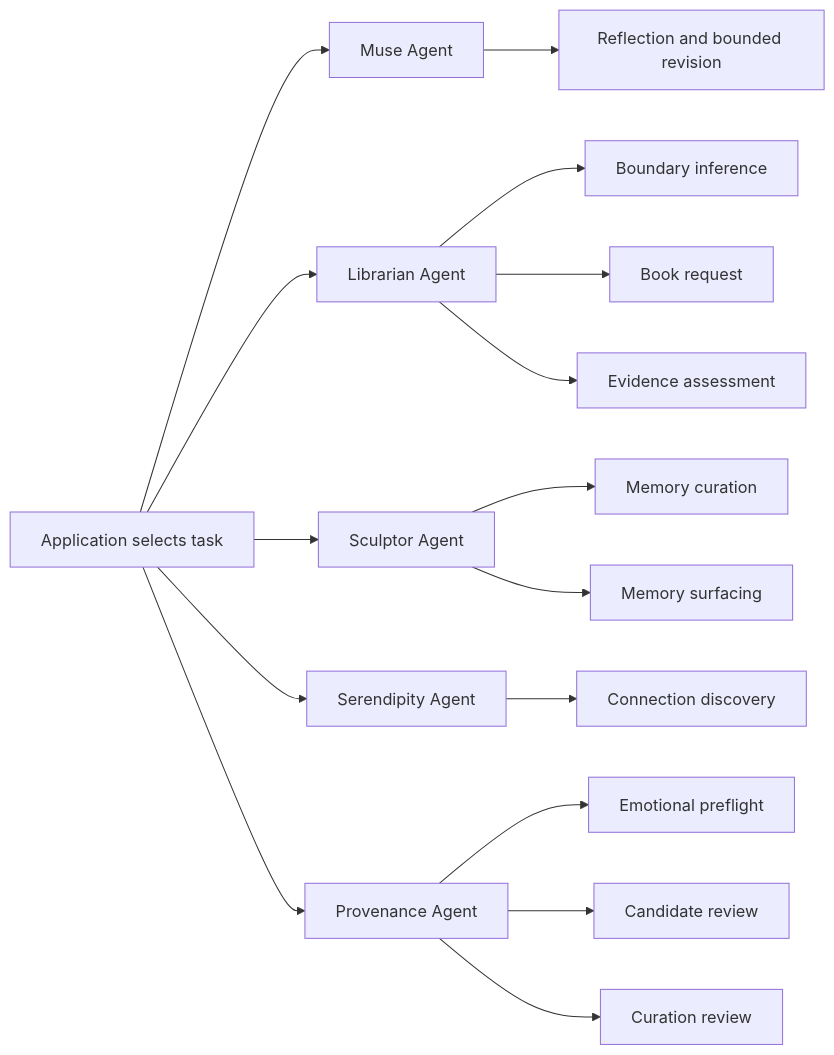
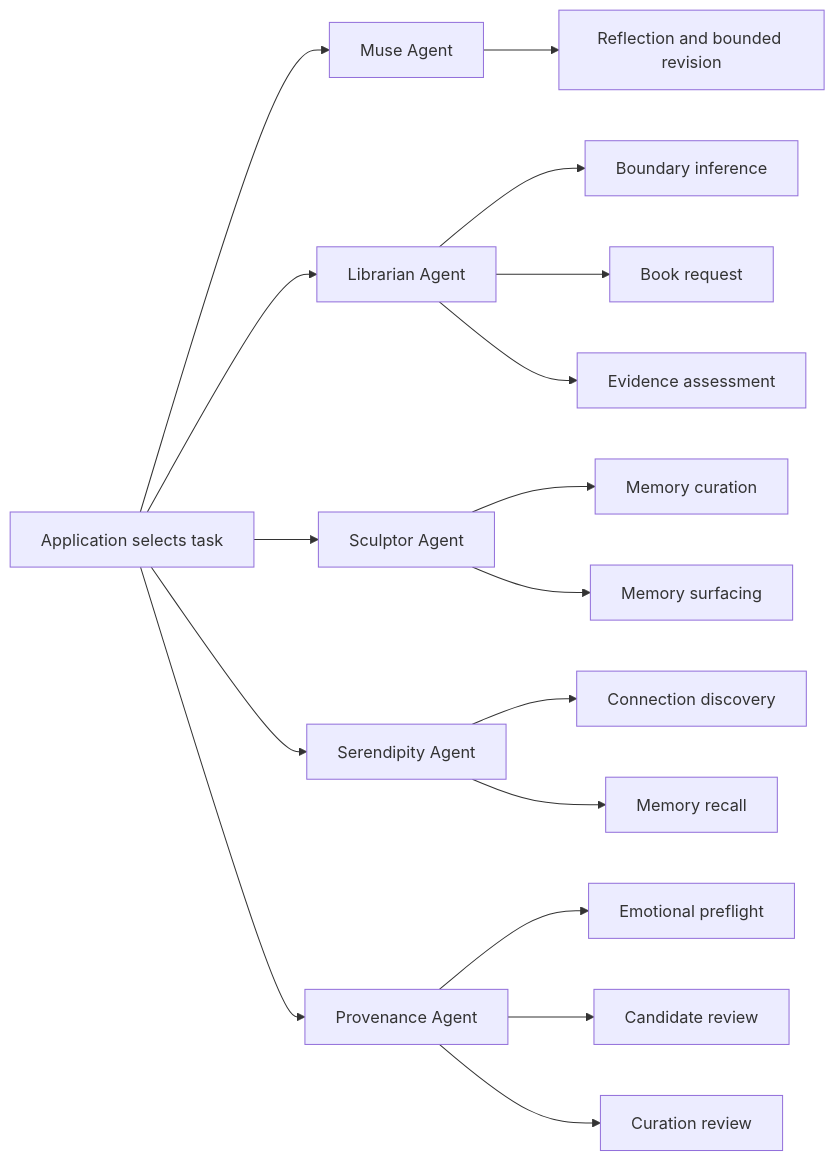
One commit to DesmondChoy/linger changed the first of 2 diagrams in docs/agent-skills.md. Above: the diagram before and after it, drawn with Mermaid. The commit also changed other lines of this file and 3 other files, not shown here.

Commit message:
docs: describe memory recall

````diff
--- a/docs/agent-skills.md
+++ b/docs/agent-skills.md
@@ -31,18 +32,19 @@
 ```mermaid
 flowchart LR
     App[Application selects task] --> Muse[Muse Agent]
     App --> Librarian[Librarian Agent]
     App --> Sculptor[Sculptor Agent]
     App --> Serendipity[Serendipity Agent]
     App --> Provenance[Provenance Agent]
     Muse --> Reflection[Reflection and bounded revision]
     Librarian --> Boundary[Boundary inference]
     Librarian --> Request[Book request]
     Librarian --> Strength[Evidence assessment]
     Sculptor --> Curation[Memory curation]
     Sculptor --> Surfacing[Memory surfacing]
     Serendipity --> Connection[Connection discovery]
+    Serendipity --> Recall[Memory recall]
     Provenance --> Preflight[Emotional preflight]
     Provenance --> Candidate[Candidate review]
     Provenance --> CurationReview[Curation review]
 ```
````
